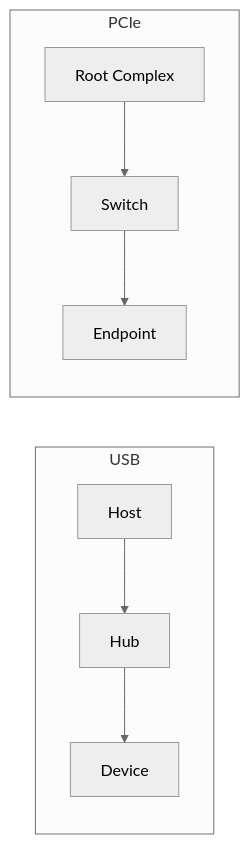
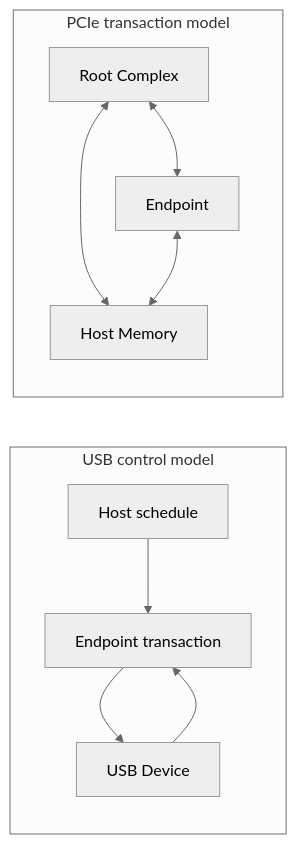
Before and after one commit to cdragon-ljl/EEandEdgeAI: the diagram in docs/articles/pcie/usb-pcie-01-bus-model-comparison.md, drawn with Mermaid (neutral theme). The commit also changed other lines of this file and 3 other files, not shown here.

Commit message:
docs: rebuild USB and PCIe synthesis articles

````diff
--- a/docs/articles/pcie/usb-pcie-01-bus-model-comparison.md
+++ b/docs/articles/pcie/usb-pcie-01-bus-model-comparison.md
@@ -20,11 +20,13 @@
 ```mermaid
 flowchart LR
-    subgraph USB
-      UH[Host] --> HUB[Hub]
-      HUB --> UD[Device]
+    subgraph USB[USB control model]
+        UH[Host schedule] --> UE[Endpoint transaction]
+        UE --> UD[USB Device]
+        UD --> UE
     end
-    subgraph PCIe
-      RC[Root Complex] --> SW[Switch]
-      SW --> EP[Endpoint]
+    subgraph PCIE[PCIe transaction model]
+        RC[Root Complex] <--> EP[Endpoint]
+        RC <--> MEM[Host Memory]
+        EP <--> MEM
     end
 ```
````
